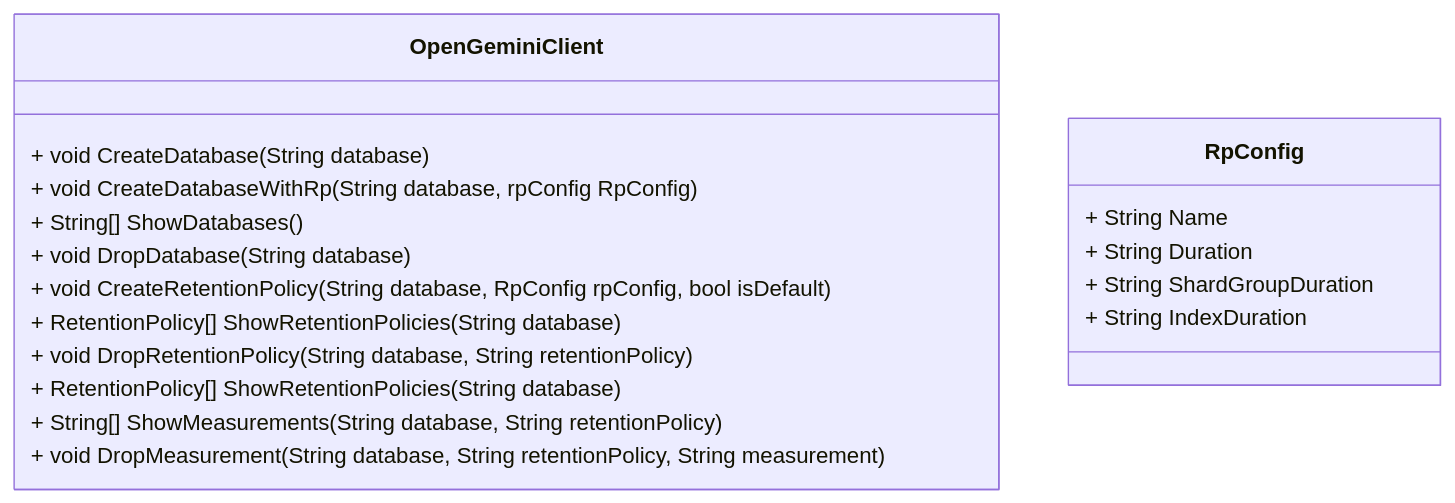
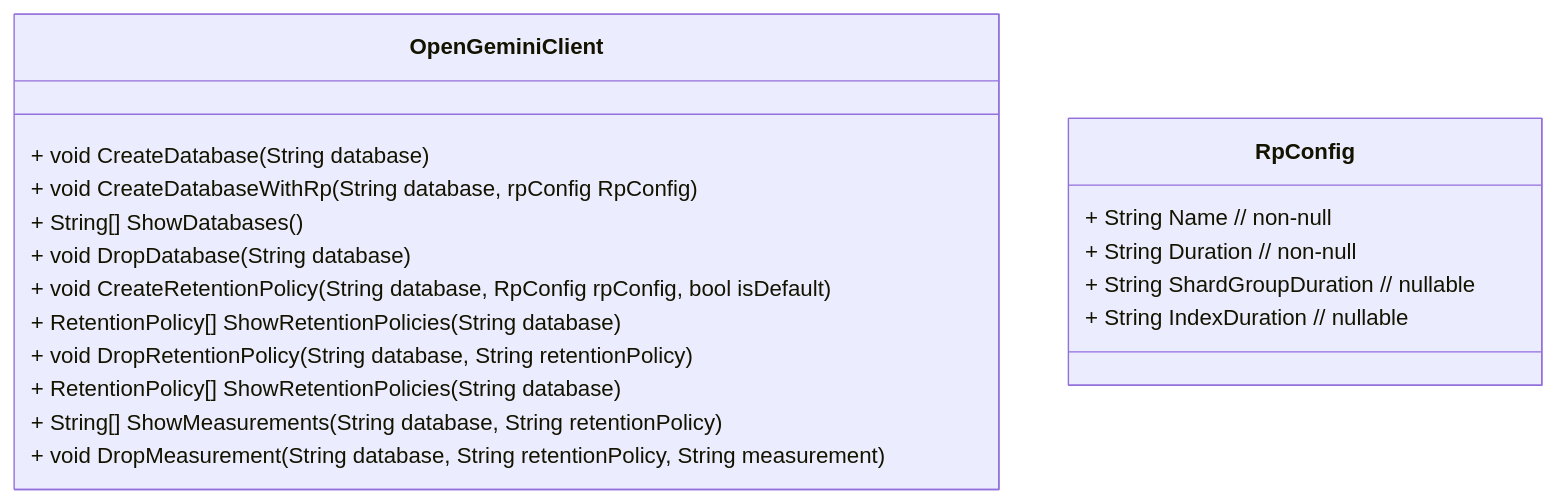
Before and after one commit to openGemini/openGemini.github.io: the second of 9 diagrams in src/guide/develop/client_design.md, drawn with Mermaid. The commit also changed 1 other file, not shown here.

Commit message:
docs: add null descritpion of RpConfig

````diff
--- a/src/guide/develop/client_design.md
+++ b/src/guide/develop/client_design.md
@@ -59,21 +59,21 @@
 ```mermaid
 classDiagram
     class OpenGeminiClient {
         + void CreateDatabase(String database)
         + void CreateDatabaseWithRp(String database, rpConfig RpConfig)
         + String[] ShowDatabases()
         + void DropDatabase(String database)
         + void CreateRetentionPolicy(String database, RpConfig rpConfig, bool isDefault)
         + RetentionPolicy[] ShowRetentionPolicies(String database)
         + void DropRetentionPolicy(String database, String retentionPolicy)
         + RetentionPolicy[] ShowRetentionPolicies(String database)
         + String[] ShowMeasurements(String database, String retentionPolicy)
         + void DropMeasurement(String database, String retentionPolicy, String measurement)
     }
     class RpConfig {
-        + String Name
-        + String Duration
-        + String ShardGroupDuration
-        + String IndexDuration
+        + String Name // non-null
+        + String Duration // non-null
+        + String ShardGroupDuration // nullable
+        + String IndexDuration // nullable
     }
 ```
````
